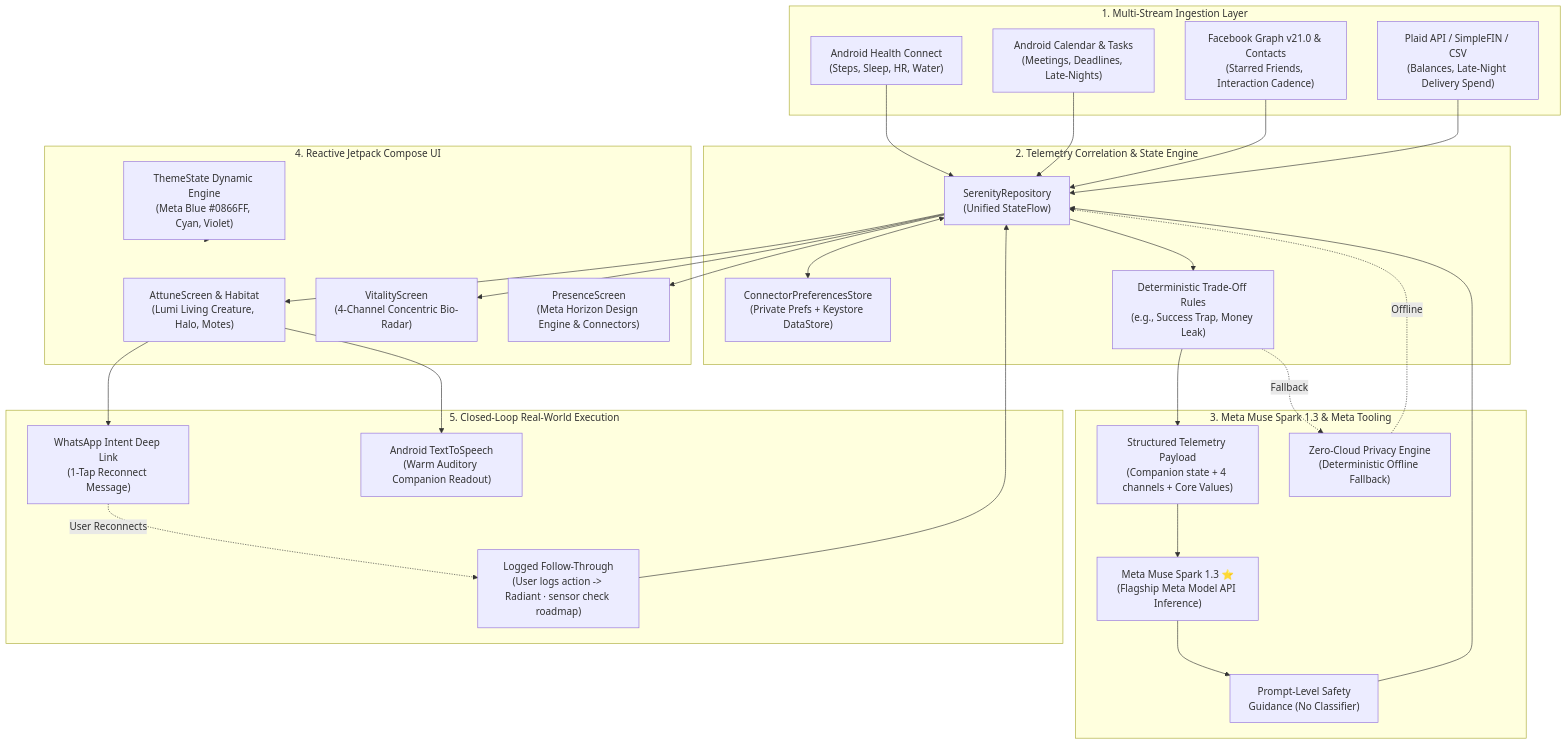
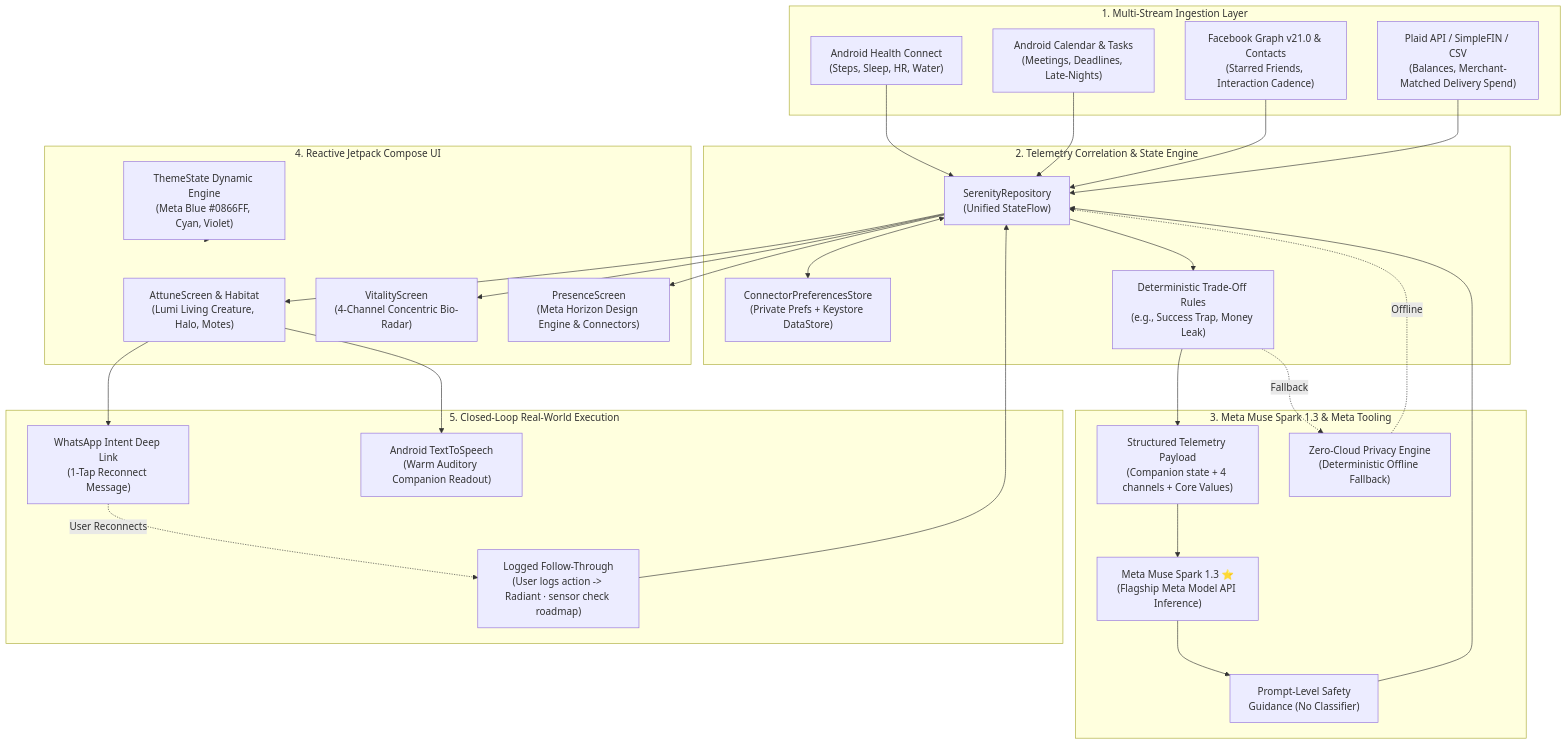
The first of 2 diagrams in README.md (ashrafi/LifeSOS), drawn with Mermaid before and after one commit. The commit also changed other lines of this file and 13 other files, not shown here.

````diff
--- a/README.md
+++ b/README.md
@@ -112,59 +112,59 @@
 ```mermaid
 flowchart TD
     subgraph DataSources["1. Multi-Stream Ingestion Layer"]
         HC["Android Health Connect<br/>(Steps, Sleep, HR, Water)"]
         CAL["Android Calendar & Tasks<br/>(Meetings, Deadlines, Late-Nights)"]
         SOC["Facebook Graph v21.0 & Contacts<br/>(Starred Friends, Interaction Cadence)"]
-        FIN["Plaid API / SimpleFIN / CSV<br/>(Balances, Late-Night Delivery Spend)"]
+        FIN["Plaid API / SimpleFIN / CSV<br/>(Balances, Merchant-Matched Delivery Spend)"]
     end
 
     subgraph CoreEngine["2. Telemetry Correlation & State Engine"]
         REPO["SerenityRepository<br/>(Unified StateFlow)"]
         STORE["ConnectorPreferencesStore<br/>(Private Prefs + Keystore DataStore)"]
         RULES["Deterministic Trade-Off Rules<br/>(e.g., Success Trap, Money Leak)"]
     end
 
     subgraph MetaIntelligence["3. Meta Muse Spark 1.3 & Meta Tooling"]
         PROMPT["Structured Telemetry Payload<br/>(Companion state + 4 channels + Core Values)"]
         SPARK["Meta Muse Spark 1.3 ⭐<br/>(Flagship Meta Model API Inference)"]
         SAFETY["Prompt-Level Safety<br/>Guidance (No Classifier)"]
         LOCAL["Zero-Cloud Privacy Engine<br/>(Deterministic Offline Fallback)"]
     end
 
     subgraph UIExperience["4. Reactive Jetpack Compose UI"]
         HABITAT["AttuneScreen & Habitat<br/>(Lumi Living Creature, Halo, Motes)"]
         RADAR["VitalityScreen<br/>(4-Channel Concentric Bio-Radar)"]
         SETTINGS["PresenceScreen<br/>(Meta Horizon Design Engine & Connectors)"]
         THEME["ThemeState Dynamic Engine<br/>(Meta Blue #0866FF, Cyan, Violet)"]
     end
 
     subgraph Actions["5. Closed-Loop Real-World Execution"]
         WA["WhatsApp Intent Deep Link<br/>(1-Tap Reconnect Message)"]
         VOICE["Android TextToSpeech<br/>(Warm Auditory Companion Readout)"]
         VERIFY["Logged Follow-Through<br/>(User logs action -> Radiant · sensor check roadmap)"]
     end
 
     HC --> REPO
     CAL --> REPO
     SOC --> REPO
     FIN --> REPO
     REPO <--> STORE
     REPO --> RULES
 
     RULES --> PROMPT
     PROMPT --> SPARK
     SPARK --> SAFETY
     SAFETY --> REPO
     RULES -. Fallback .-> LOCAL
     LOCAL -. Offline .-> REPO
 
     REPO --> HABITAT
     REPO --> RADAR
     REPO --> SETTINGS
     THEME --> UIExperience
 
     HABITAT --> WA
     HABITAT --> VOICE
     WA -. User Reconnects .-> VERIFY
     VERIFY --> REPO
 ```
````
